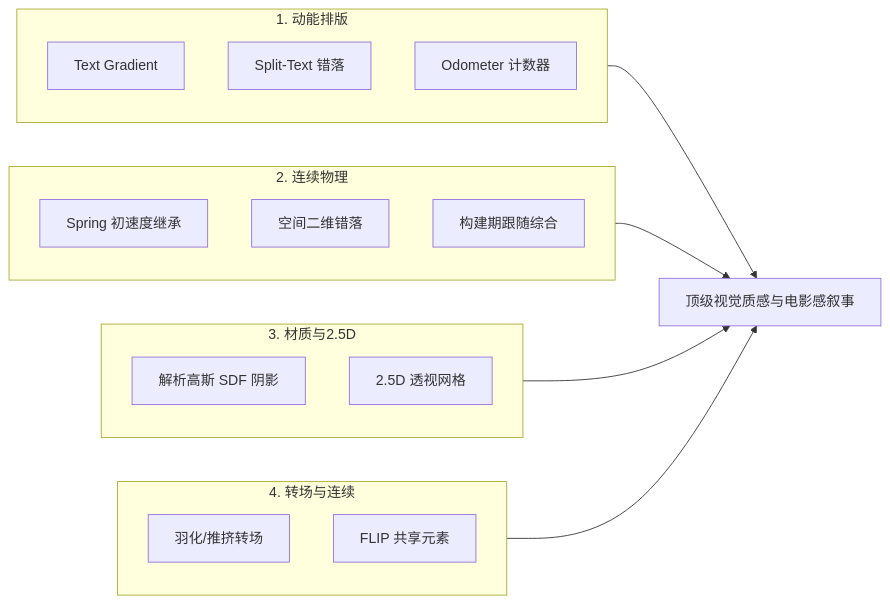
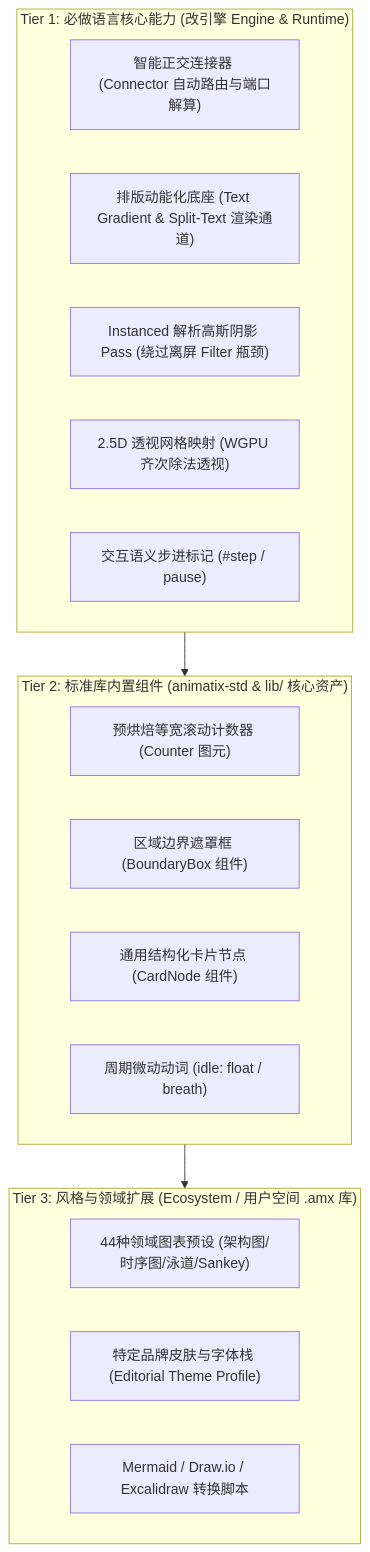
Before and after one commit to j4ger/animatix: the first of 2 diagrams in docs/delightful_animation_plan.md, drawn with Mermaid. The commit also changed other lines of this file, not shown here.

Commit message:
docs(docs): refine kinetic design plan with three-tier abstraction and connectors

````diff
--- a/docs/delightful_animation_plan.md
+++ b/docs/delightful_animation_plan.md
@@ -39,22 +42,22 @@
 ```mermaid
-flowchart LR
-    subgraph S1["1. 动能排版"]
-        T1["Text Gradient"]
-        T2["Split-Text 错落"]
-        T3["Odometer 计数器"]
+flowchart TD
+    subgraph T1["Tier 1: 必做语言核心能力 (改引擎 Engine & Runtime)"]
+        C1["智能正交连接器 (Connector 自动路由与端口解算)"]
+        C2["排版动能化底座 (Text Gradient & Split-Text 渲染通道)"]
+        C3["Instanced 解析高斯阴影 Pass (绕过离屏 Filter 瓶颈)"]
+        C4["2.5D 透视网格映射 (WGPU 齐次除法透视)"]
+        C5["交互语义步进标记 (#step / pause)"]
     end
-    subgraph S2["2. 连续物理"]
-        P1["Spring 初速度继承"]
-        P2["空间二维错落"]
-        P3["构建期跟随综合"]
+    subgraph T2["Tier 2: 标准库内置组件 (animatix-std & lib/ 核心资产)"]
+        S1["预烘焙等宽滚动计数器 (Counter 图元)"]
+        S2["区域边界遮罩框 (BoundaryBox 组件)"]
+        S3["通用结构化卡片节点 (CardNode 组件)"]
+        S4["周期微动动词 (idle: float / breath)"]
     end
-    subgraph S3["3. 材质与2.5D"]
-        M1["解析高斯 SDF 阴影"]
-        M2["2.5D 透视网格"]
+    subgraph T3["Tier 3: 风格与领域扩展 (Ecosystem / 用户空间 .amx 库)"]
+        E1["44种领域图表预设 (架构图/时序图/泳道/Sankey)"]
+        E2["特定品牌皮肤与字体栈 (Editorial Theme Profile)"]
+        E3["Mermaid / Draw.io / Excalidraw 转换脚本"]
     end
-    subgraph S4["4. 转场与连续"]
-        R1["羽化/推挤转场"]
-        R2["FLIP 共享元素"]
-    end
-    S1 & S2 & S3 & S4 --> PAYOFF["顶级视觉质感与电影感叙事"]
+    T1 --> T2 --> T3
 ```
````
